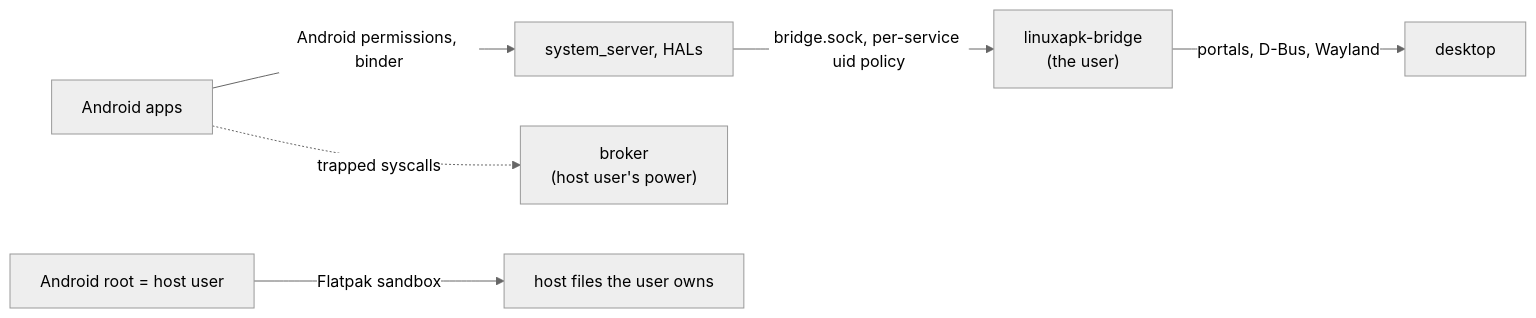
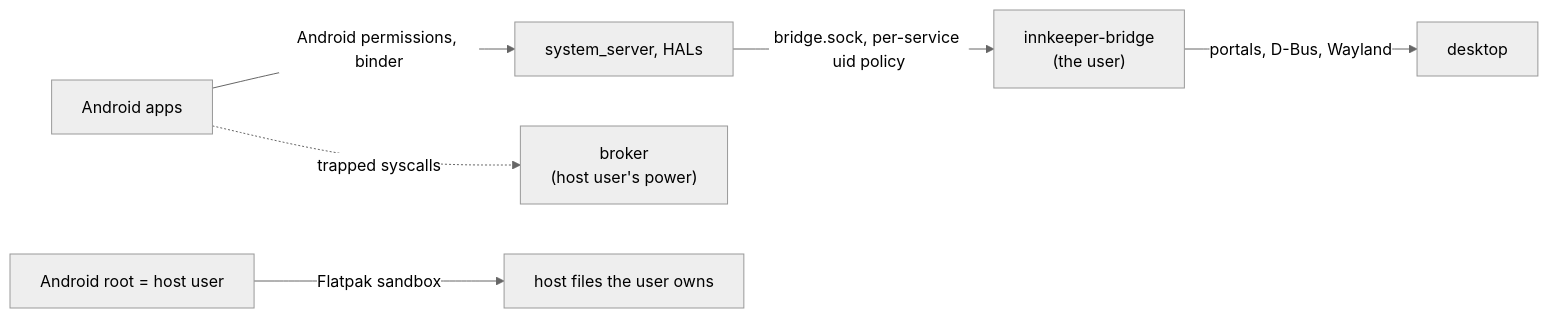
Before and after one commit to sargunv/innkeeper: the diagram in docs/security.md, drawn with Mermaid (neutral theme). The commit also changed other lines of this file and 671 other files, not shown here.

````diff
--- a/docs/security.md
+++ b/docs/security.md
@@ -18,8 +18,8 @@
 ```mermaid
 flowchart LR
   apps["Android apps"] -->|"Android permissions, binder"| sys["system_server, HALs"]
   apps -. "trapped syscalls" .-> broker["broker<br/>(host user's power)"]
-  sys -->|"bridge.sock, per-service uid policy"| bridge["linuxapk-bridge<br/>(the user)"]
+  sys -->|"bridge.sock, per-service uid policy"| bridge["innkeeper-bridge<br/>(the user)"]
   bridge -->|"portals, D-Bus, Wayland"| desk["desktop"]
   root["Android root = host user"] -->|"Flatpak sandbox"| host["host files the user owns"]
 ```
````
